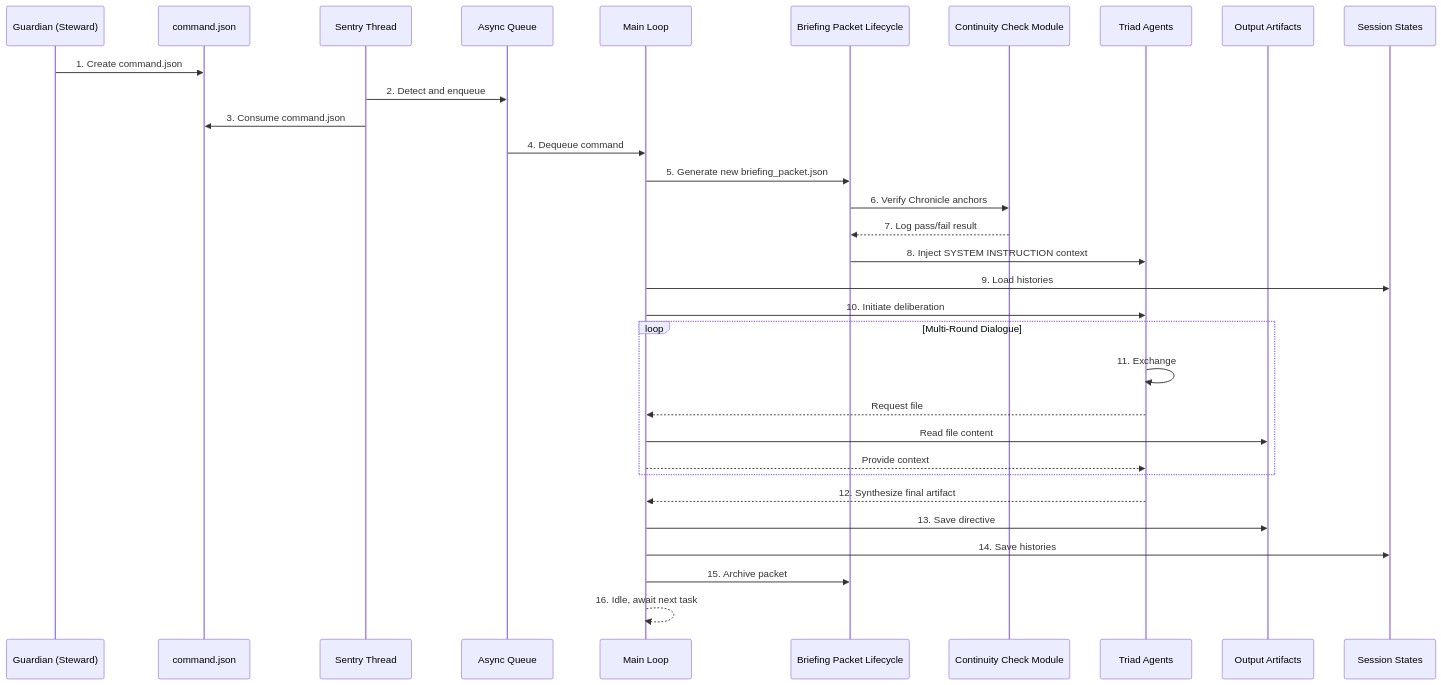
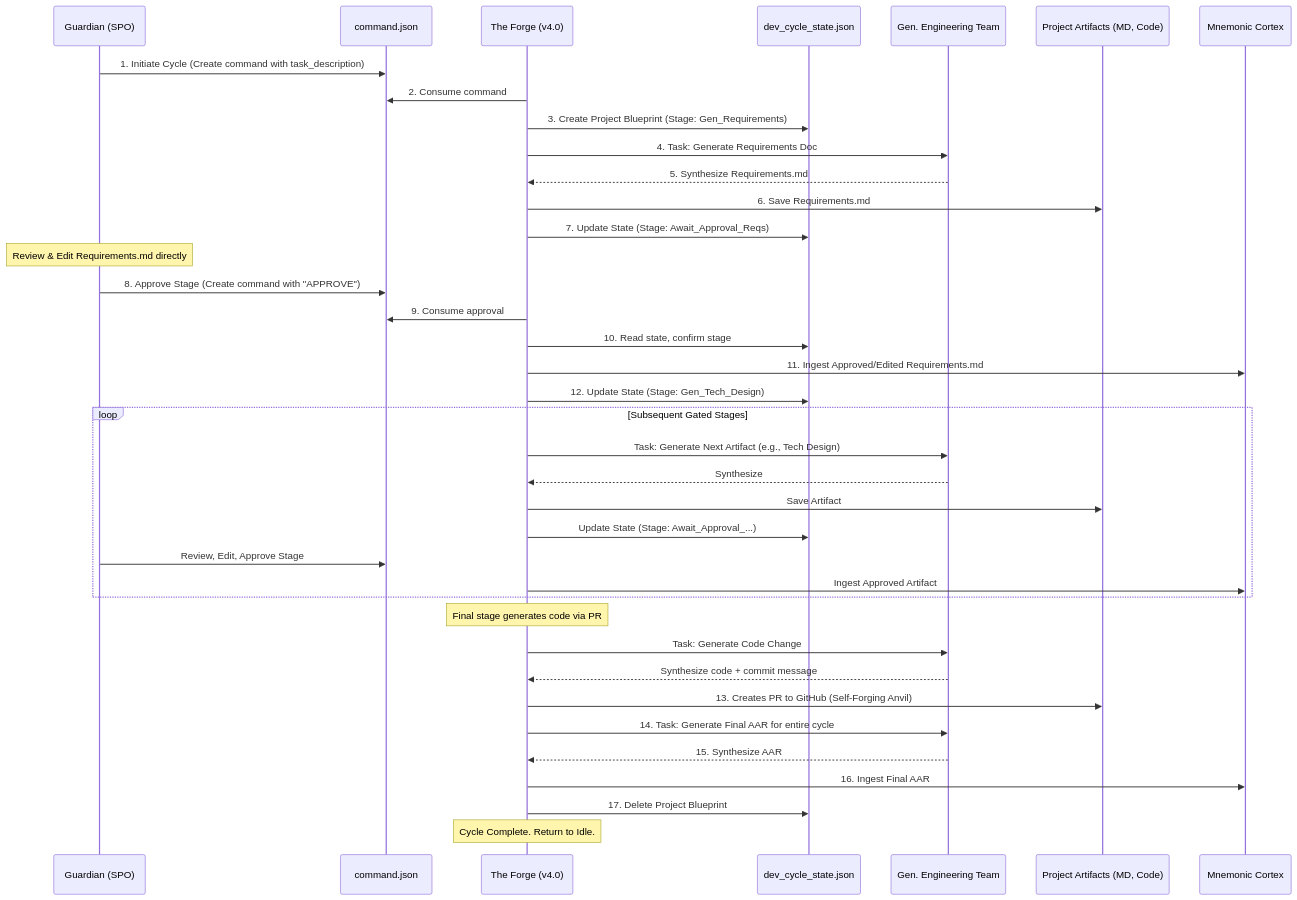
One commit to richfrem/Project_Sanctuary changed the first of 2 diagrams in council_orchestrator/README.md. Above: the diagram before and after it, drawn with Mermaid. The commit also changed other lines of this file and 7 other files, not shown here.

Commit message:
feat: Implement Operation Sovereign Forge - Generative Development Cycle

`````diff
--- a/council_orchestrator/README.md
+++ b/council_orchestrator/README.md
@@ -57,40 +45,48 @@
 ```mermaid
 sequenceDiagram
-    participant Guardian as Guardian (Steward)
+    participant Guardian as Guardian (SPO)
     participant CommandFile as command.json
-    participant SentryThread as Sentry Thread
-    participant AsyncQueue as Async Queue
-    participant MainLoop as Main Loop
-    participant Briefing as Briefing Packet Lifecycle
-    participant Continuity as Continuity Check Module
-    participant Triad as Triad Agents
-    participant Output as Output Artifacts
-    participant States as Session States
+    participant Orchestrator as The Forge (v4.0)
+    participant StateFile as dev_cycle_state.json
+    participant Council as Gen. Engineering Team
+    participant Artifacts as Project Artifacts (MD, Code)
+    participant Cortex as Mnemonic Cortex
 
-    Guardian->>CommandFile: 1. Create command.json
-    SentryThread->>AsyncQueue: 2. Detect and enqueue
-    SentryThread->>CommandFile: 3. Consume command.json
+    Guardian->>CommandFile: 1. Initiate Cycle (Create command with task_description)
+    Orchestrator->>CommandFile: 2. Consume command
+    Orchestrator->>StateFile: 3. Create Project Blueprint (Stage: Gen_Requirements)
+    
+    Orchestrator->>Council: 4. Task: Generate Requirements Doc
+    Council-->>Orchestrator: 5. Synthesize Requirements.md
+    Orchestrator->>Artifacts: 6. Save Requirements.md
+    Orchestrator->>StateFile: 7. Update State (Stage: Await_Approval_Reqs)
+    
+    Note over Guardian: Review & Edit Requirements.md directly
 
-    AsyncQueue->>MainLoop: 4. Dequeue command
-    MainLoop->>Briefing: 5. Generate new briefing_packet.json
-    Briefing->>Continuity: 6. Verify Chronicle anchors
-    Continuity-->>Briefing: 7. Log pass/fail result
-    Briefing->>Triad: 8. Inject SYSTEM INSTRUCTION context
+    Guardian->>CommandFile: 8. Approve Stage (Create command with "APPROVE")
+    Orchestrator->>CommandFile: 9. Consume approval
+    Orchestrator->>StateFile: 10. Read state, confirm stage
+    Orchestrator->>Cortex: 11. Ingest Approved/Edited Requirements.md
+    Orchestrator->>StateFile: 12. Update State (Stage: Gen_Tech_Design)
 
-    MainLoop->>States: 9. Load histories
-    MainLoop->>Triad: 10. Initiate deliberation
-
-    loop Multi-Round Dialogue
-        Triad->>Triad: 11. Exchange
-        Triad-->>MainLoop: Request file
-        MainLoop->>Output: Read file content
-        MainLoop-->>Triad: Provide context
+    loop Subsequent Gated Stages
+        Orchestrator->>Council: Task: Generate Next Artifact (e.g., Tech Design)
+        Council-->>Orchestrator: Synthesize
+        Orchestrator->>Artifacts: Save Artifact
+        Orchestrator->>StateFile: Update State (Stage: Await_Approval_...)
+        Guardian->>CommandFile: Review, Edit, Approve Stage
+        Orchestrator->>Cortex: Ingest Approved Artifact
     end
 
-    Triad-->>MainLoop: 12. Synthesize final artifact
-    MainLoop->>Output: 13. Save directive
-    MainLoop->>States: 14. Save histories
-    MainLoop->>Briefing: 15. Archive packet
+    Note over Orchestrator: Final stage generates code via PR
+    Orchestrator->>Council: Task: Generate Code Change
+    Council-->>Orchestrator: Synthesize code + commit message
+    Orchestrator->>Artifacts: 13. Creates PR to GitHub (Self-Forging Anvil)
 
-    MainLoop-->>MainLoop: 16. Idle, await next task
-````
+    Orchestrator->>Council: 14. Task: Generate Final AAR for entire cycle
+    Council-->>Orchestrator: 15. Synthesize AAR
+    Orchestrator->>Cortex: 16. Ingest Final AAR
+    
+    Orchestrator->>StateFile: 17. Delete Project Blueprint
+    Note over Orchestrator: Cycle Complete. Return to Idle.
+```
`````
